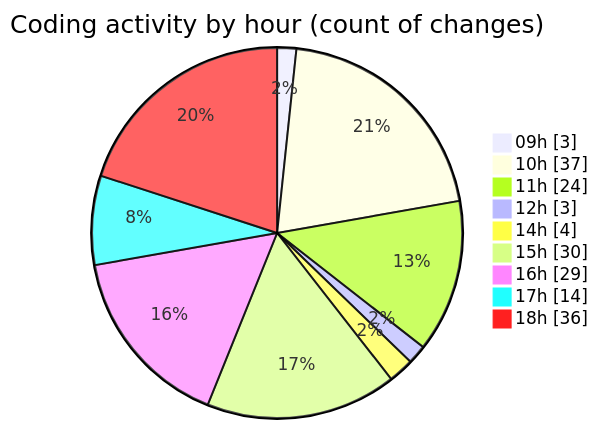
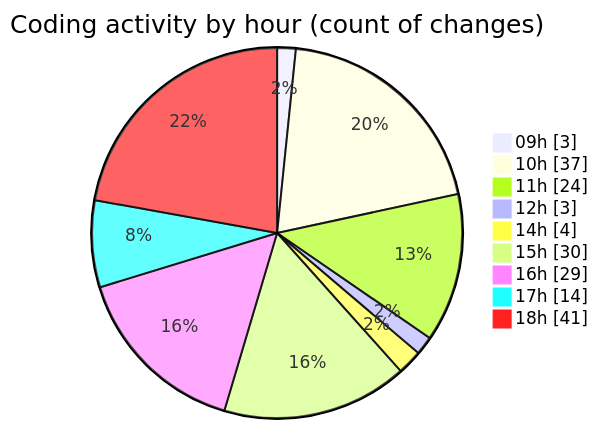
One commit to CELIANVF/code-tracking changed the second of 2 diagrams in 2025-05-02/ecodeli/README.md. Above: the diagram before and after it, drawn with Mermaid. The commit also changed other lines of this file and 1 other file, not shown here.

````diff
--- a/2025-05-02/ecodeli/README.md
+++ b/2025-05-02/ecodeli/README.md
@@ -94,13 +94,13 @@
 ```mermaid
 pie showData
 title Coding activity by hour (count of changes)
 "09h" : 3
 "10h" : 37
 "11h" : 24
 "12h" : 3
 "14h" : 4
 "15h" : 30
 "16h" : 29
 "17h" : 14
-"18h" : 36
+"18h" : 41
 ```
````
